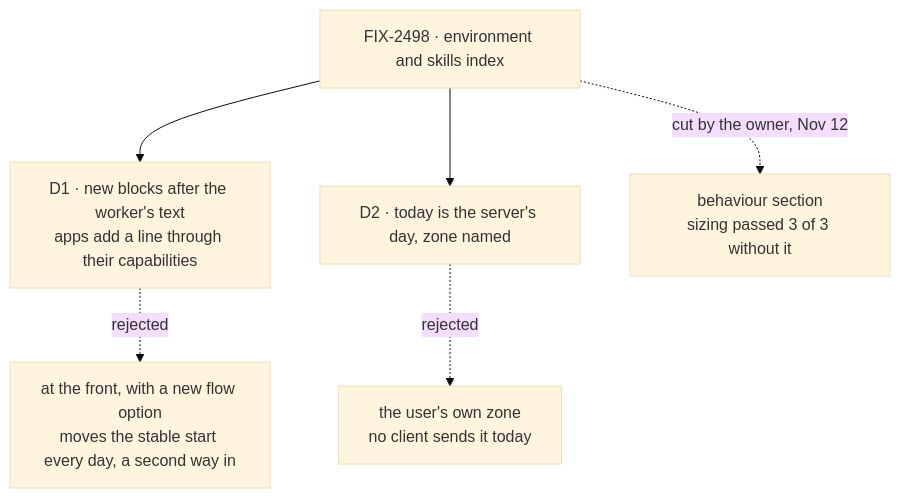
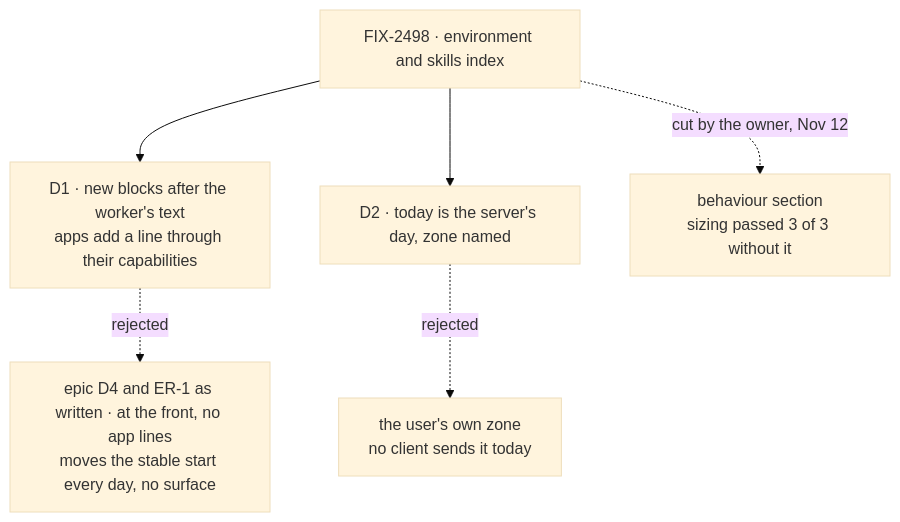
One commit to fixpoint-labs/flow-state-dev changed the diagram in specs/issues/FIX-2498/DECISIONS.md. Above: the diagram before and after it, drawn with Mermaid (base theme). The commit also changed other lines of this file and 2 other files, not shown here.

First line of the commit message:
spec(FIX-2498): D1 quotes epic D4 and ER-1 as written and names the ER-1 amendment

````diff
--- a/specs/issues/FIX-2498/DECISIONS.md
+++ b/specs/issues/FIX-2498/DECISIONS.md
@@ -11,8 +11,8 @@
 ```mermaid
 flowchart TD
   I["FIX-2498 · environment and skills index"] --> D1["D1 · new blocks after the worker's text<br/>apps add a line through their capabilities"]
-  D1 -.->|"rejected"| X1["at the front, with a new flow option<br/>moves the stable start every day, a second way in"]
+  D1 -.->|"rejected"| X1["epic D4 and ER-1 as written · at the front, no app lines<br/>moves the stable start every day, no surface"]
   I --> D2["D2 · today is the server's day, zone named"]
   D2 -.->|"rejected"| X2["the user's own zone<br/>no client sends it today"]
   I -.->|"cut by the owner, Nov 12"| X3["behaviour section<br/>sizing passed 3 of 3 without it"]
 ```
````
